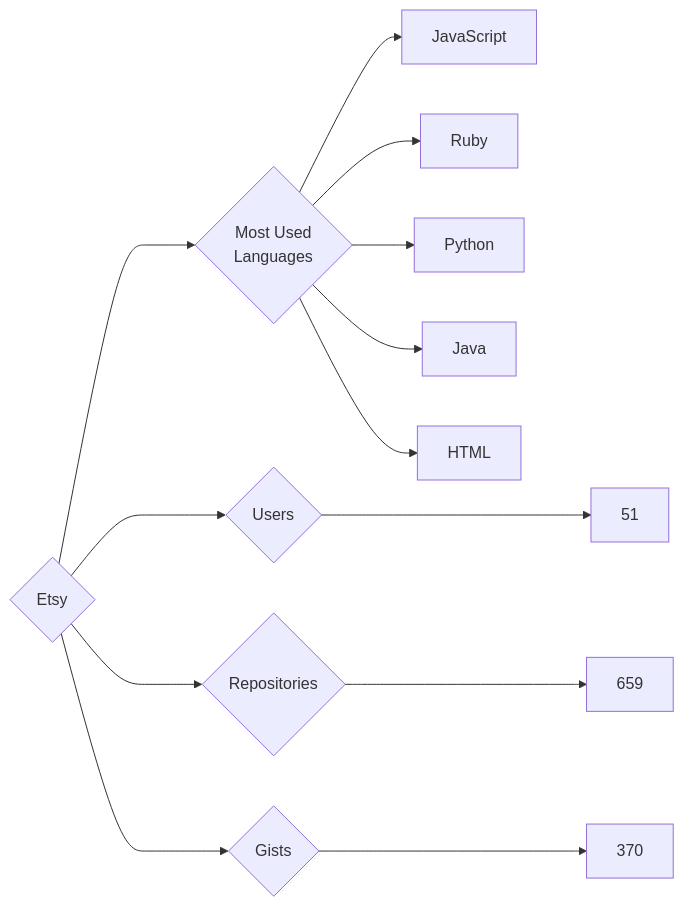
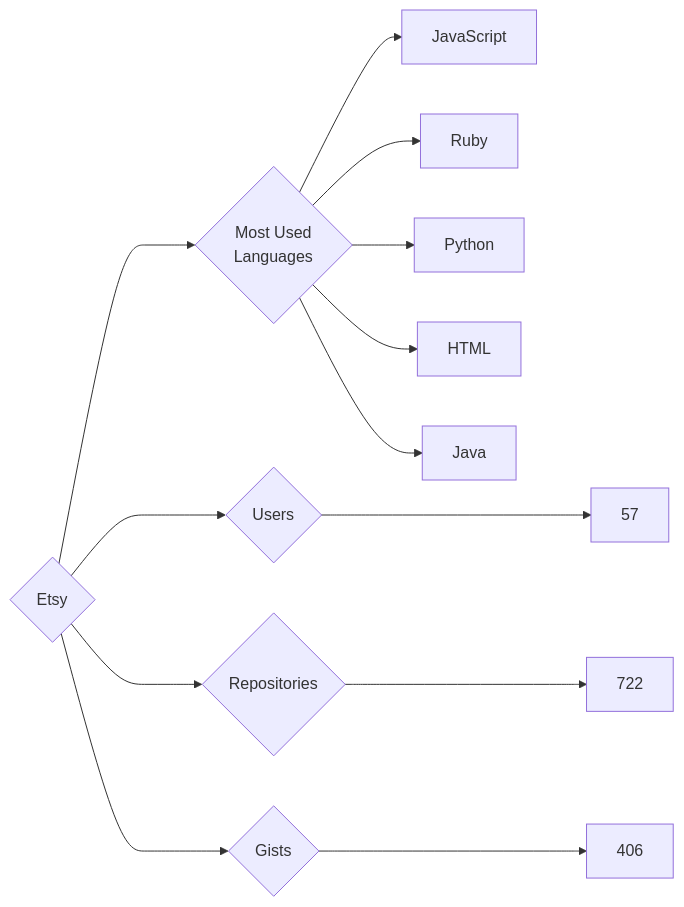
The diagram in targets/Etsy/README.md (trickest/insiders), drawn with Mermaid before and after one commit. The commit also changed 629 other files, not shown here.

````diff
--- a/targets/Etsy/README.md
+++ b/targets/Etsy/README.md
@@ -3,13 +3,13 @@
 ```mermaid
 graph LR
 COMPANY_NAME{Etsy}
-COMPANY_NAME ---> U{Users} ---> UN[51]
-COMPANY_NAME ---> R{Repositories} ---> RN[659]
-COMPANY_NAME ---> G{Gists} ---> GN[370]
+COMPANY_NAME ---> U{Users} ---> UN[57]
+COMPANY_NAME ---> R{Repositories} ---> RN[722]
+COMPANY_NAME ---> G{Gists} ---> GN[406]
 COMPANY_NAME ---> ML{Most Used<br>Languages}
 ML --> JavaScript[JavaScript]
 ML --> Ruby[Ruby]
 ML --> Python[Python]
+ML --> HTML[HTML]
 ML --> Java[Java]
-ML --> HTML[HTML]
 ```
````
